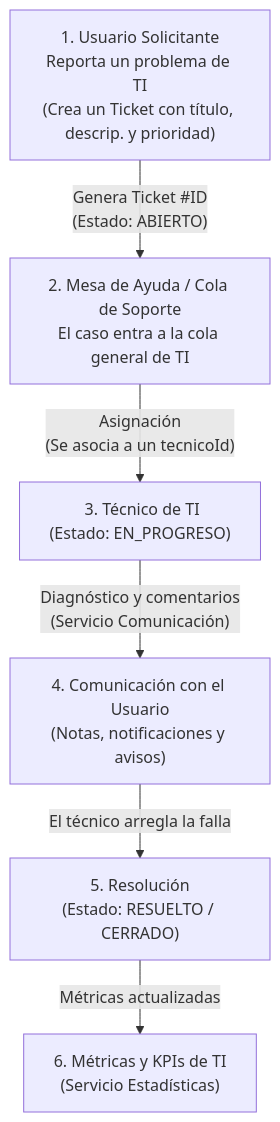
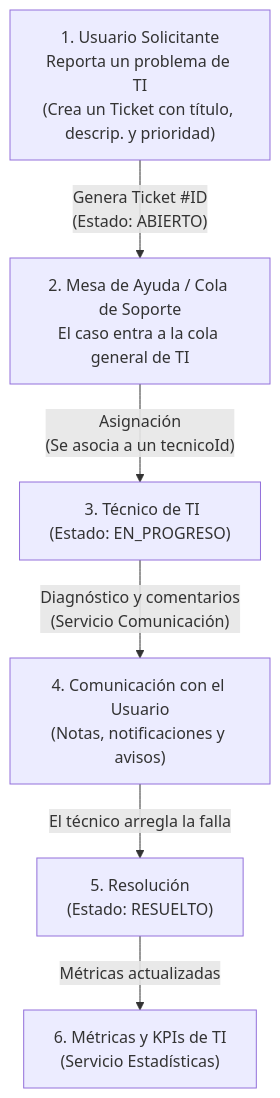
The first of 2 diagrams in README.md (ANDERSOUNDZ/helpdesk), drawn with Mermaid before and after one commit. The commit also changed other lines of this file and 1 other file, not shown here.

First line of the commit message:
docs(readme): README y orquestador al dia con el estado real del proyecto

````diff
--- a/README.md
+++ b/README.md
@@ -22,8 +22,8 @@
 ```mermaid
 flowchart TD
     A[" 1. Usuario Solicitante\nReporta un problema de TI\n(Crea un Ticket con título, descrip. y prioridad)"] -->|"Genera Ticket #ID\n(Estado: ABIERTO)"| B[" 2. Mesa de Ayuda / Cola de Soporte\nEl caso entra a la cola general de TI"]
     B -->|"Asignación\n(Se asocia a un tecnicoId)"| C["️ 3. Técnico de TI\n(Estado: EN_PROGRESO)"]
     C -->|"Diagnóstico y comentarios\n(Servicio Comunicación)"| D[" 4. Comunicación con el Usuario\n(Notas, notificaciones y avisos)"]
-    D -->|"El técnico arregla la falla"| E[" 5. Resolución\n(Estado: RESUELTO / CERRADO)"]
+    D -->|"El técnico arregla la falla"| E[" 5. Resolución\n(Estado: RESUELTO)"]
     E -->|"Métricas actualizadas"| F[" 6. Métricas y KPIs de TI\n(Servicio Estadísticas)"]
 ```
````
